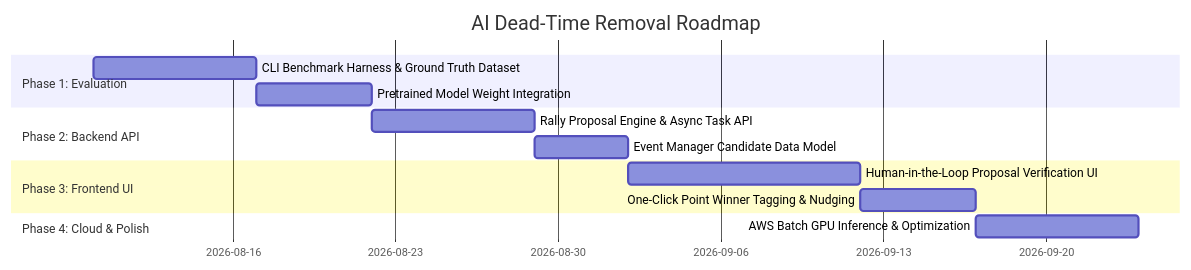
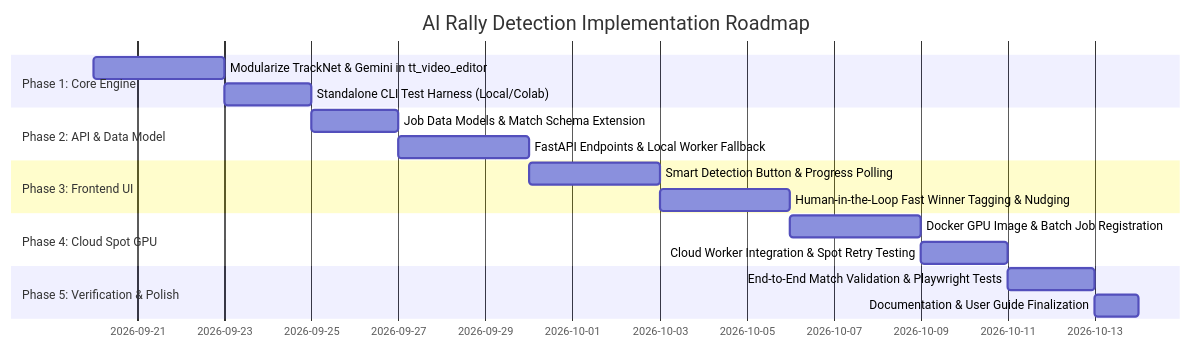
Before and after one commit to conhuang/tt-match-highlights: the second of 2 diagrams in docs/plans/future/AI_DEAD_TIME_REMOVAL_PHASED_PLAN.md, drawn with Mermaid. The commit also changed other lines of this file and 29 other files, not shown here.

Commit message:
feat(ai): implement end-to-end AI rally detection tracer bullet and ML pipeline

````diff
--- a/docs/plans/future/AI_DEAD_TIME_REMOVAL_PHASED_PLAN.md
+++ b/docs/plans/future/AI_DEAD_TIME_REMOVAL_PHASED_PLAN.md
@@ -22,16 +211,20 @@
 ```mermaid
 gantt
-    title AI Dead-Time Removal Roadmap
+    title AI Rally Detection Implementation Roadmap
     dateFormat  YYYY-MM-DD
-    section Phase 1: Evaluation
-    CLI Benchmark Harness & Ground Truth Dataset    :p1, 2026-08-10, 7d
-    Pretrained Model Weight Integration             :p1b, after p1, 5d
-    section Phase 2: Backend API
-    Rally Proposal Engine & Async Task API         :p2, after p1b, 7d
-    Event Manager Candidate Data Model             :p2b, after p2, 4d
+    section Phase 1: Core Engine
+    Modularize TrackNet & Gemini in tt_video_editor     :p1, 2026-09-20, 3d
+    Standalone CLI Test Harness (Local/Colab)           :p1b, after p1, 2d
+    section Phase 2: API & Data Model
+    Job Data Models & Match Schema Extension            :p2, after p1b, 2d
+    FastAPI Endpoints & Local Worker Fallback           :p2b, after p2, 3d
     section Phase 3: Frontend UI
-    Human-in-the-Loop Proposal Verification UI     :p3, after p2b, 10d
-    One-Click Point Winner Tagging & Nudging       :p3b, after p3, 5d
-    section Phase 4: Cloud & Polish
-    AWS Batch GPU Inference & Optimization          :p4, after p3b, 7d
+    Smart Detection Button & Progress Polling           :p3, after p2b, 3d
+    Human-in-the-Loop Fast Winner Tagging & Nudging     :p3b, after p3, 3d
+    section Phase 4: Cloud Spot GPU
+    Docker GPU Image & Batch Job Registration           :p4, after p3b, 3d
+    Cloud Worker Integration & Spot Retry Testing       :p4b, after p4, 2d
+    section Phase 5: Verification & Polish
+    End-to-End Match Validation & Playwright Tests      :p5, after p4b, 2d
+    Documentation & User Guide Finalization             :p5b, after p5, 1d
 ```
````
